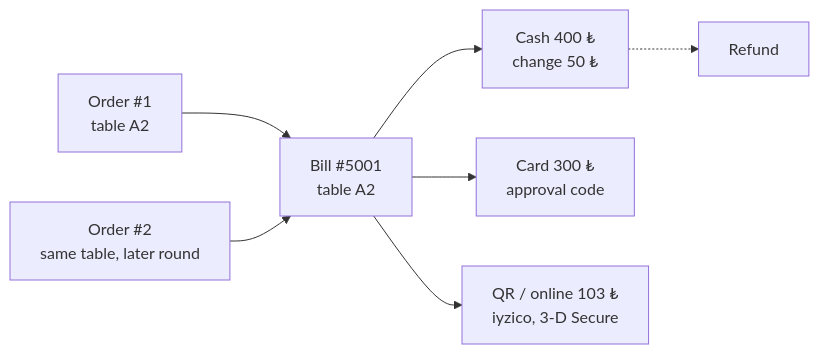
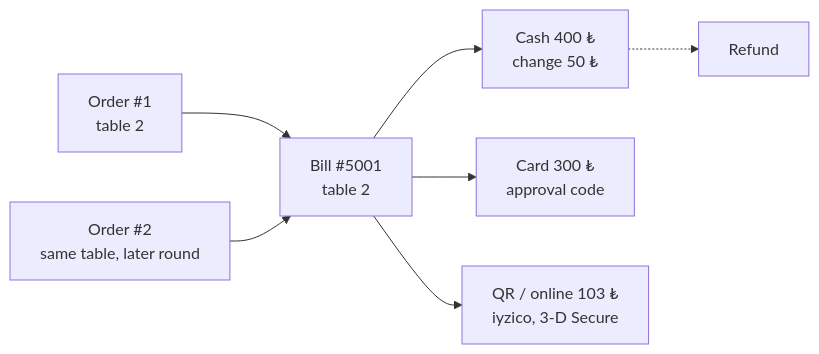
One commit to UmutVarol/Restaurant-Order-Processing changed the first of 2 diagrams in docs/PAYMENTS.md. Above: the diagram before and after it, drawn with Mermaid. The commit also changed 18 other files, not shown here.

````diff
--- a/docs/PAYMENTS.md
+++ b/docs/PAYMENTS.md
@@ -8,9 +8,9 @@
 ```mermaid
 flowchart LR
-    O1[Order #1<br/>table A2] --> B[Bill #5001<br/>table A2]
+    O1[Order #1<br/>table 2] --> B[Bill #5001<br/>table 2]
     O2[Order #2<br/>same table, later round] --> B
     B --> P1[Cash 400 ₺<br/>change 50 ₺]
     B --> P2[Card 300 ₺<br/>approval code]
     B --> P3[QR / online 103 ₺<br/>iyzico, 3-D Secure]
     P1 -.-> R[Refund]
 ```
````
